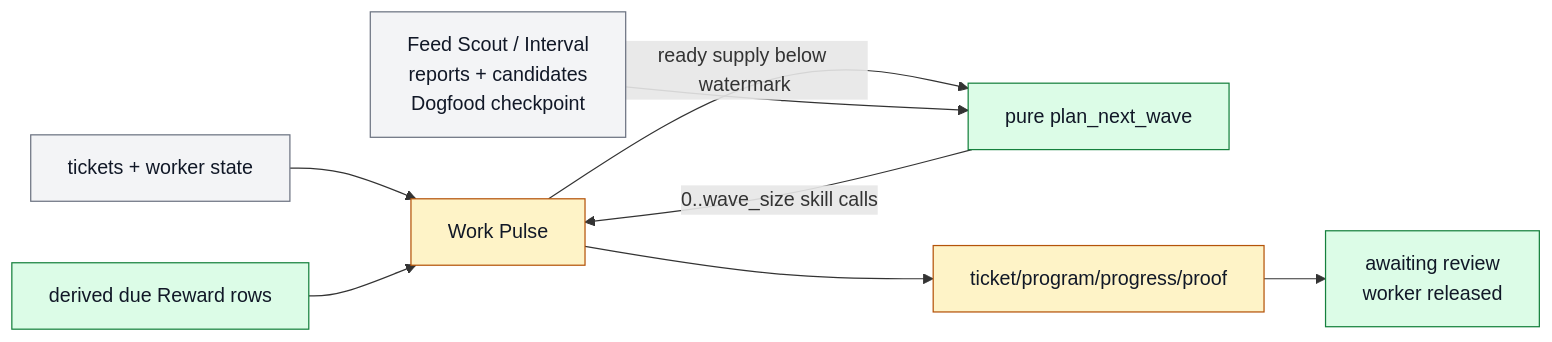
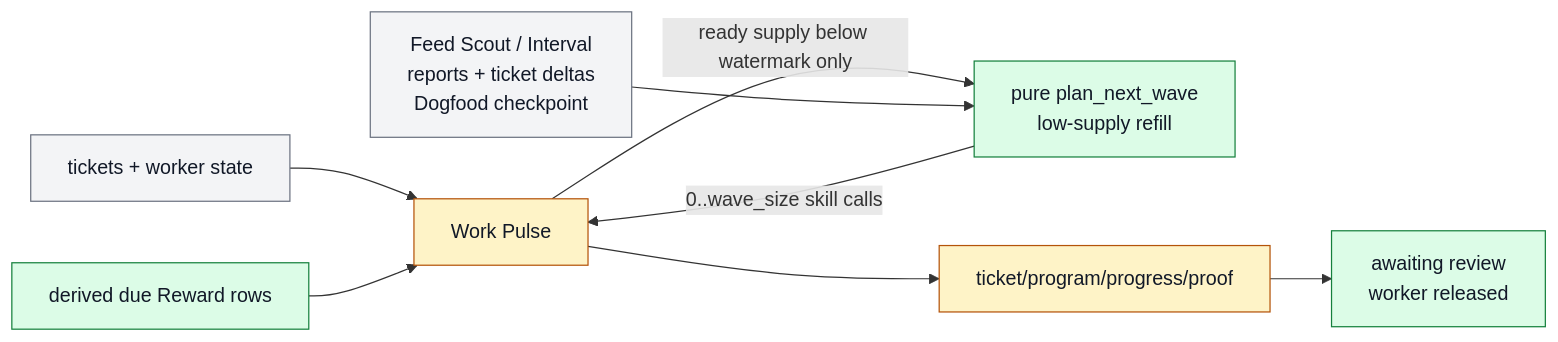
Before and after one commit to ZanarkandTechnologies/Farplane: the diagram in docs/features/FEAT-0071-project-work-pulse.md, drawn with Mermaid. The commit also changed other lines of this file and 374 other files, not shown here.

Commit message:
feat(interval): simplify metric-to-ticket control loop

````diff
--- a/docs/features/FEAT-0071-project-work-pulse.md
+++ b/docs/features/FEAT-0071-project-work-pulse.md
@@ -198,21 +205,21 @@
 ```mermaid
 flowchart LR
   classDef keep fill:#f3f4f6,stroke:#6b7280,color:#111827
   classDef changed fill:#fef3c7,stroke:#b45309,color:#111827
   classDef added fill:#dcfce7,stroke:#15803d,color:#111827
 
   board["tickets + worker state"]:::keep
   pulse["Work Pulse"]:::changed
-  planner["pure plan_next_wave"]:::added
-  sources["Feed Scout / Interval<br/>reports + candidates<br/>Dogfood checkpoint"]:::keep
+  planner["pure plan_next_wave<br/>low-supply refill"]:::added
+  sources["Feed Scout / Interval<br/>reports + ticket deltas<br/>Dogfood checkpoint"]:::keep
   checkin["derived due Reward rows"]:::added
   worker["ticket/program/progress/proof"]:::changed
   review["awaiting review<br/>worker released"]:::added
 
   board --> pulse
-  pulse -->|"ready supply below watermark"| planner
+  pulse -->|"ready supply below watermark only"| planner
   planner -->|"0..wave_size skill calls"| pulse
   sources --> planner
   checkin --> pulse
   pulse --> worker --> review
 ```
````
